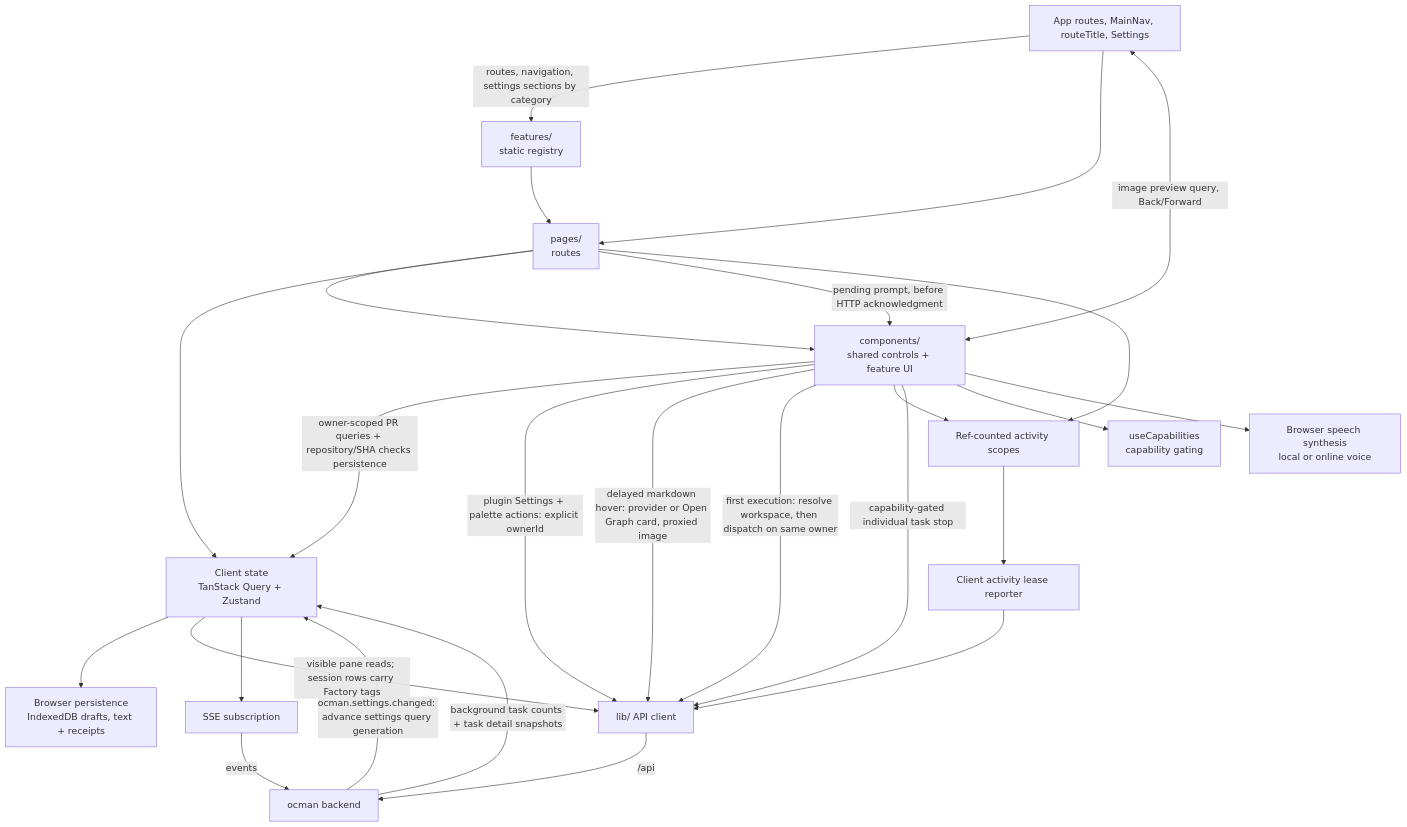
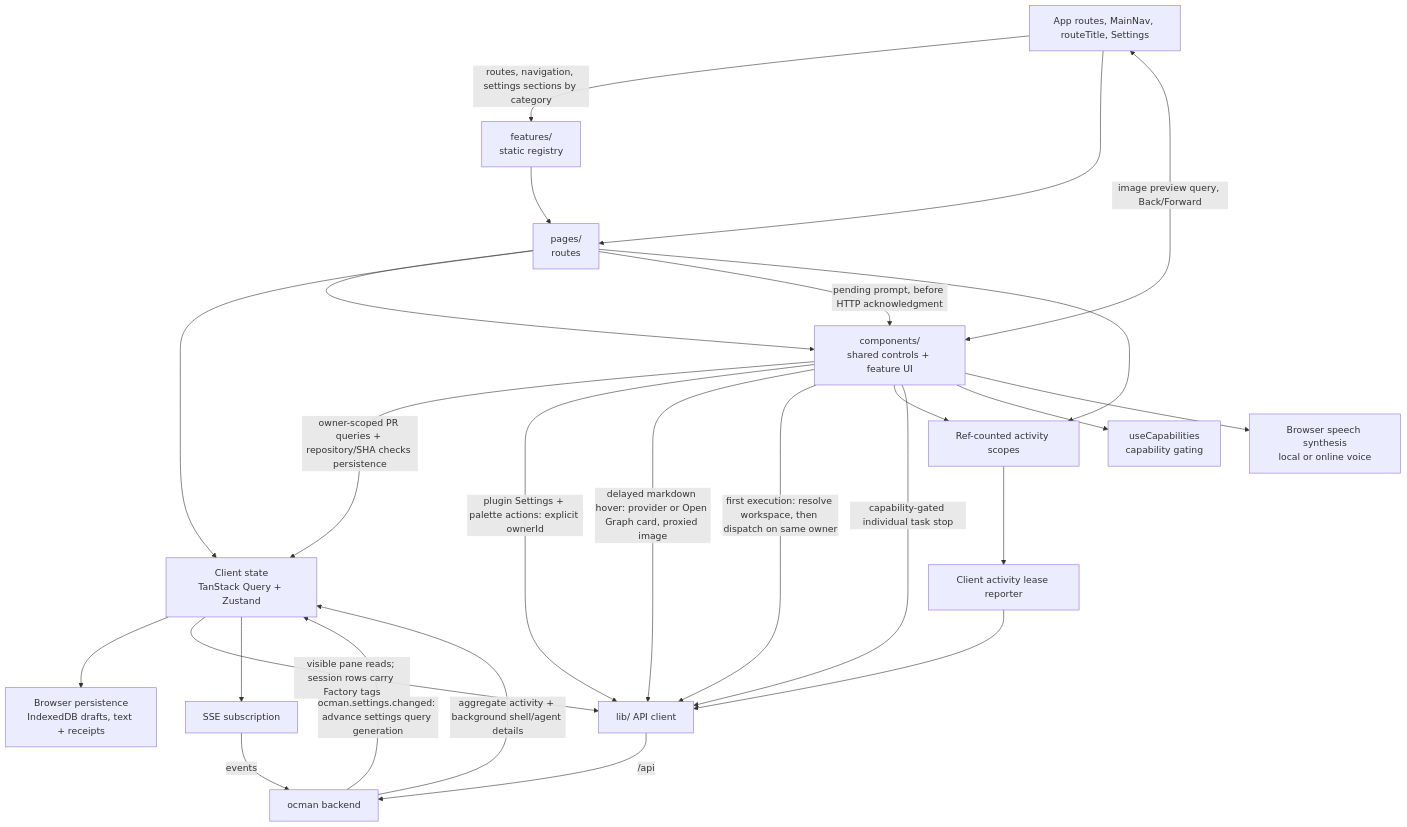
The tenth of 13 diagrams in docs/other/architecture.md (ocman/ocman), drawn with Mermaid before and after one commit. The commit also changed other lines of this file and 18 other files, not shown here.

````diff
--- a/docs/other/architecture.md
+++ b/docs/other/architecture.md
@@ -1600,28 +1600,28 @@
 ```mermaid
 flowchart TD
     Shell[App routes, MainNav, routeTitle, Settings] -->|routes, navigation, settings sections by category| Features[features/<br/>static registry]
     Features --> Pages
     Shell --> Pages
     Pages[pages/<br/>routes] --> Comp[components/<br/>shared controls + feature UI]
     Pages --> Stores[Client state<br/>TanStack Query + Zustand]
     Pages -->|pending prompt, before HTTP acknowledgment| Comp
     Stores --> Persistence[Browser persistence<br/>IndexedDB drafts, text + receipts]
     Comp -->|owner-scoped PR queries + repository/SHA checks persistence| Stores
     Comp -->|plugin Settings + palette actions: explicit ownerId| API
     Comp -->|delayed markdown hover: provider or Open Graph card, proxied image| API
     Comp -->|first execution: resolve workspace, then dispatch on same owner| API
     Stores -->|visible pane reads; session rows carry Factory tags| API[lib/ API client]
     Stores --> SSE[SSE subscription]
     Pages --> Scopes[Ref-counted activity scopes]
     Comp --> Scopes
     Scopes --> Reporter[Client activity lease reporter]
     Reporter --> API
     API -->|/api| Hub[ocman backend]
     SSE -->|events| Hub
     Hub -->|ocman.settings.changed: advance settings query generation| Stores
-    Hub -->|background task counts + task detail snapshots| Stores
+    Hub -->|aggregate activity + background shell/agent details| Stores
     Comp -->|capability-gated individual task stop| API
     Comp --> Caps[useCapabilities<br/>capability gating]
     Comp --> Speech[Browser speech synthesis<br/>local or online voice]
     Comp <-->|image preview query, Back/Forward| Shell
 ```
````
